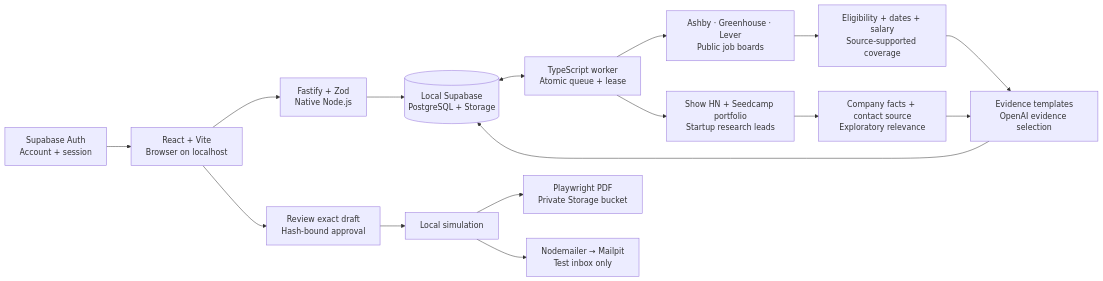
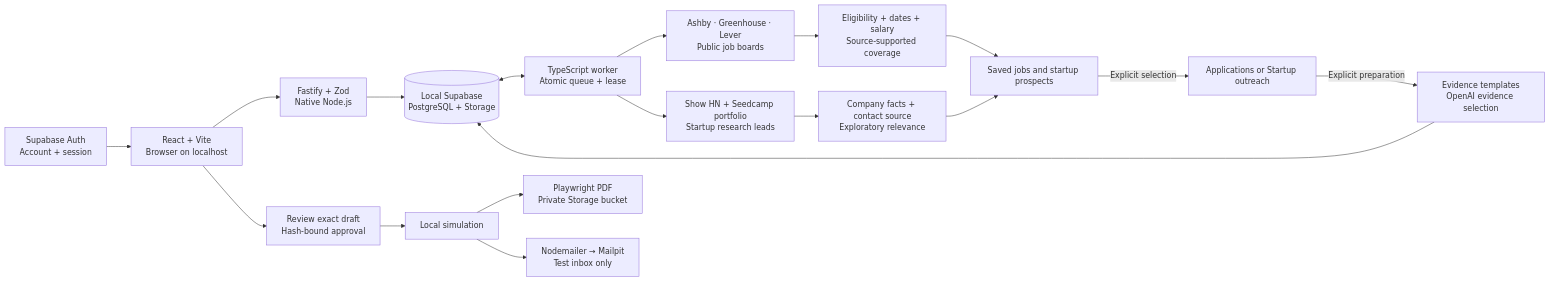
One commit to lmiguelvargasf/RoleLoop changed the first of 4 diagrams in app/ARCHITECTURE.md. Above: the diagram before and after it, drawn with Mermaid. The commit also changed other lines of this file and 26 other files, not shown here.

Commit message:
Separate startup discovery from outreach tracking

````diff
--- a/app/ARCHITECTURE.md
+++ b/app/ARCHITECTURE.md
@@ -3,18 +3,20 @@
 ```mermaid
 flowchart LR
   AUTH["Supabase Auth\nAccount + session"] --> UI["React + Vite\nBrowser on localhost"]
   UI --> API["Fastify + Zod\nNative Node.js"]
   API --> DB[("Local Supabase\nPostgreSQL + Storage")]
   DB <--> WORKER["TypeScript worker\nAtomic queue + lease"]
   WORKER --> ATS["Ashby · Greenhouse · Lever\nPublic job boards"]
   WORKER --> HN["Show HN + Seedcamp portfolio\nStartup research leads"]
   ATS --> RULES["Eligibility + dates + salary\nSource-supported coverage"]
   HN --> RESEARCH["Company facts + contact source\nExploratory relevance"]
-  RULES --> DRAFT["Evidence templates\nOpenAI evidence selection"]
-  RESEARCH --> DRAFT
+  RULES --> SAVED["Saved jobs and startup prospects"]
+  RESEARCH --> SAVED
+  SAVED -->|Explicit selection| BOARD["Applications or Startup outreach"]
+  BOARD -->|Explicit preparation| DRAFT["Evidence templates\nOpenAI evidence selection"]
   DRAFT --> DB
   UI --> REVIEW["Review exact draft\nHash-bound approval"]
   REVIEW --> TEST["Local simulation"]
   TEST --> PDF["Playwright PDF\nPrivate Storage bucket"]
   TEST --> MAIL["Nodemailer → Mailpit\nTest inbox only"]
 ```
````
